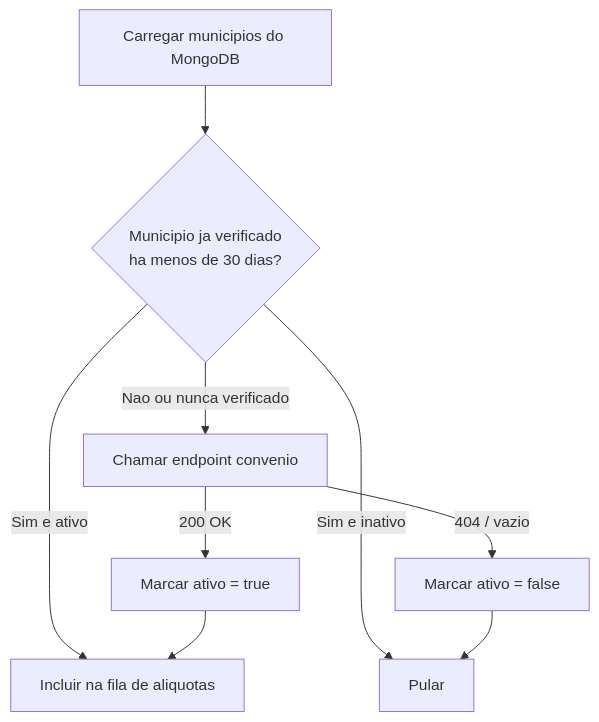
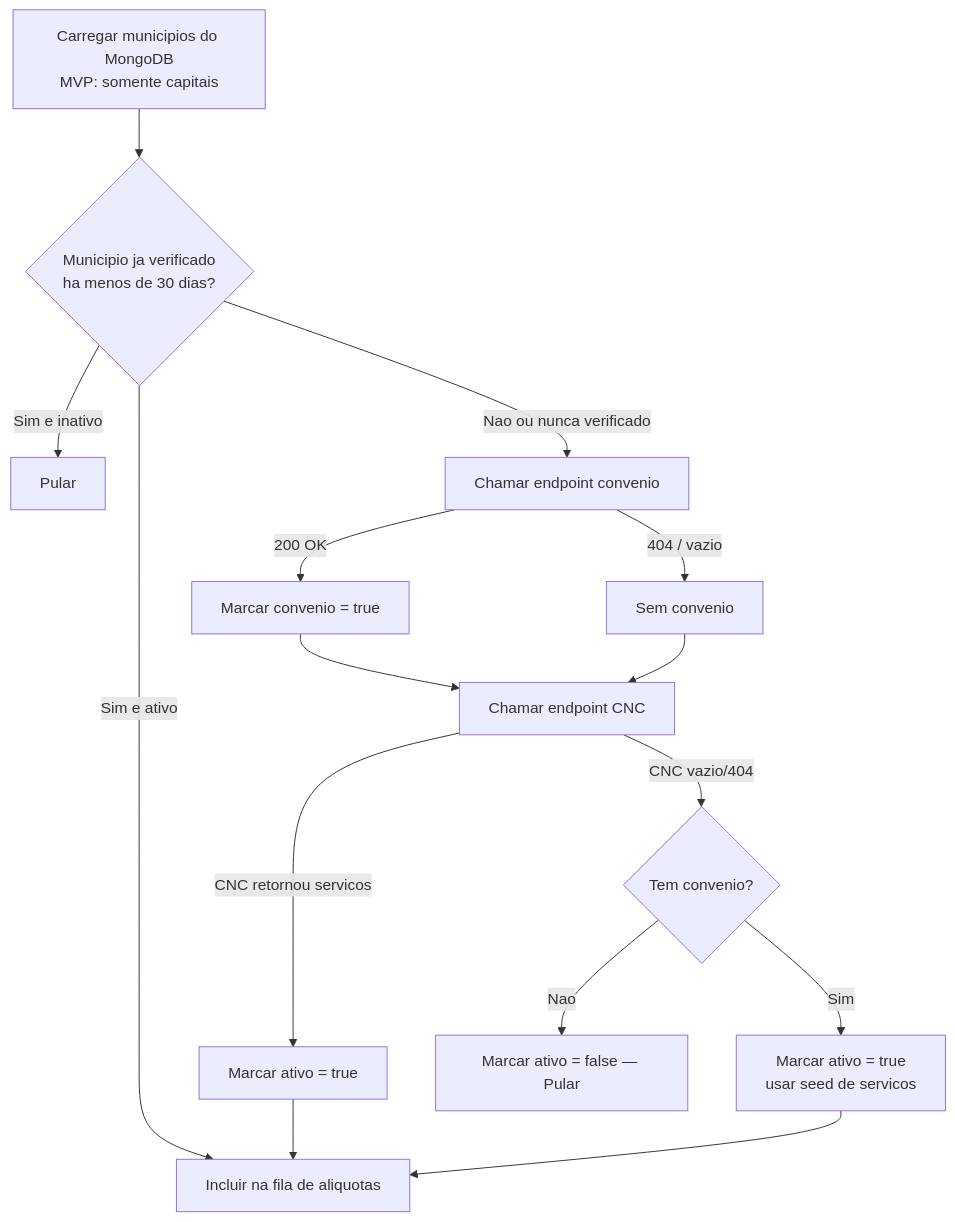
One commit to john182/poc-open-spec changed the third of 8 diagrams in openspec/changes/full-stack-aliquotas-municipais/docs/worker-strategy.md. Above: the diagram before and after it, drawn with Mermaid. The commit also changed other lines of this file and 4 other files, not shown here.

````diff
--- a/openspec/changes/full-stack-aliquotas-municipais/docs/worker-strategy.md
+++ b/openspec/changes/full-stack-aliquotas-municipais/docs/worker-strategy.md
@@ -127,11 +132,17 @@
 ```mermaid
 flowchart TD
-    A[Carregar municipios do MongoDB] --> B{Municipio ja verificado<br/>ha menos de 30 dias?}
+    A[Carregar municipios do MongoDB<br/>MVP: somente capitais] --> B{Municipio ja verificado<br/>ha menos de 30 dias?}
     B -->|Sim e ativo| C[Incluir na fila de aliquotas]
     B -->|Sim e inativo| D[Pular]
     B -->|Nao ou nunca verificado| E[Chamar endpoint convenio]
-    E -->|200 OK| F[Marcar ativo = true]
-    E -->|404 / vazio| G[Marcar ativo = false]
-    F --> C
-    G --> D
+    E -->|200 OK| F[Marcar convenio = true]
+    E -->|404 / vazio| F2[Sem convenio]
+    F --> G[Chamar endpoint CNC]
+    F2 --> G
+    G -->|CNC retornou servicos| H[Marcar ativo = true]
+    G -->|CNC vazio/404| I{Tem convenio?}
+    I -->|Sim| H2[Marcar ativo = true<br/>usar seed de servicos]
+    I -->|Nao| D2[Marcar ativo = false — Pular]
+    H --> C
+    H2 --> C
 ```
````
